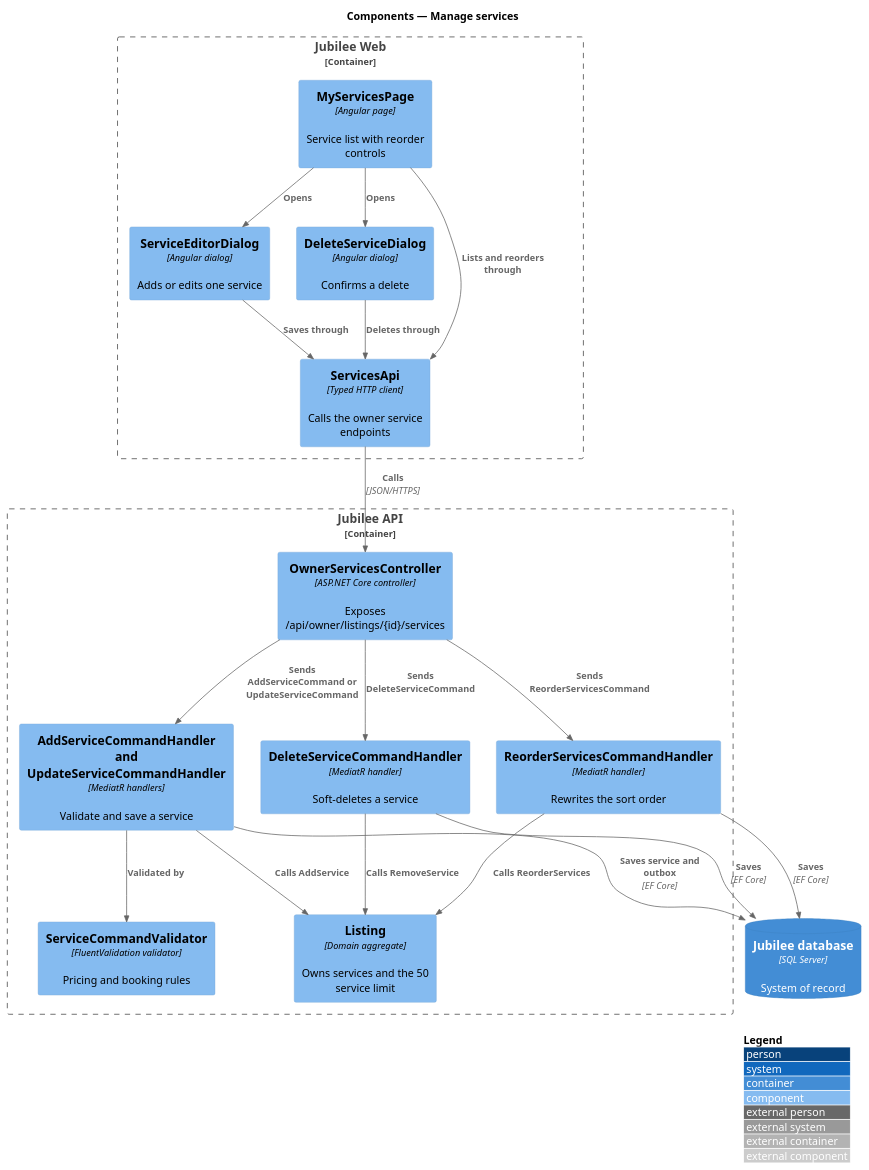
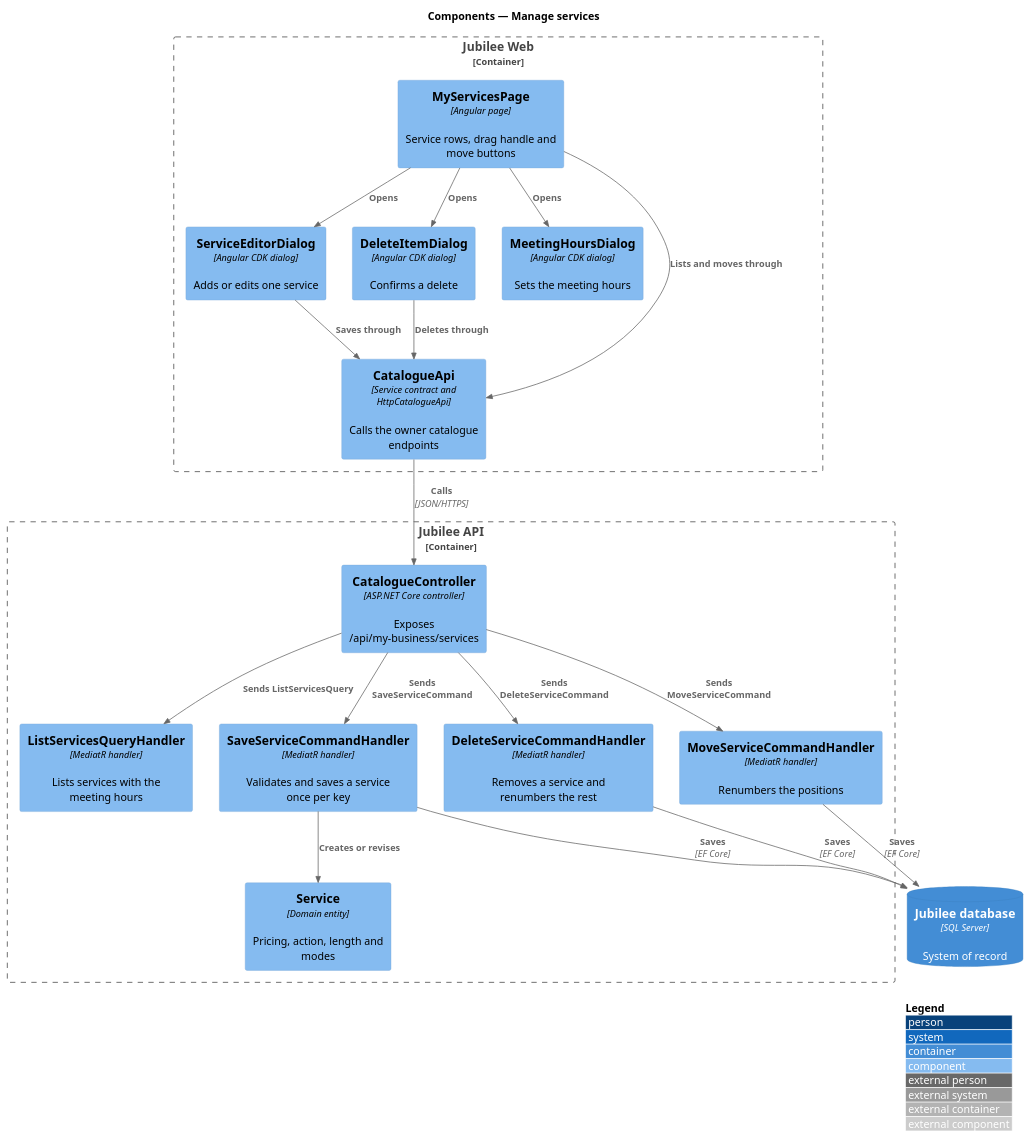
The diagram in docs/detailed-designs/owner-workspace/manage-services/diagrams/c4-component.puml (QuinntyneBrown/jubilee), drawn with PlantUML before and after one commit. The commit also changed 57 other files, not shown here.

First line of the commit message:
Journey 16: requirements, ADR 0062, designs, mocks and design system for product photos, options, drag to reorder

```diff
--- a/docs/detailed-designs/owner-workspace/manage-services/diagrams/c4-component.puml
+++ b/docs/detailed-designs/owner-workspace/manage-services/diagrams/c4-component.puml
@@ -1,38 +1,38 @@
 @startuml
 !include <C4/C4_Component>
 LAYOUT_WITH_LEGEND()
 title Components — Manage services
 
 Container_Boundary(web, "Jubilee Web") {
-  Component(page, "MyServicesPage", "Angular page", "Service list with reorder controls")
-  Component(editor, "ServiceEditorDialog", "Angular dialog", "Adds or edits one service")
-  Component(del, "DeleteServiceDialog", "Angular dialog", "Confirms a delete")
-  Component(client, "ServicesApi", "Typed HTTP client", "Calls the owner service endpoints")
+  Component(page, "MyServicesPage", "Angular page", "Service rows, drag handle and move buttons")
+  Component(editor, "ServiceEditorDialog", "Angular CDK dialog", "Adds or edits one service")
+  Component(del, "DeleteItemDialog", "Angular CDK dialog", "Confirms a delete")
+  Component(hours, "MeetingHoursDialog", "Angular CDK dialog", "Sets the meeting hours")
+  Component(client, "CatalogueApi", "Service contract and HttpCatalogueApi", "Calls the owner catalogue endpoints")
 }
 Container_Boundary(api, "Jubilee API") {
-  Component(ctrl, "OwnerServicesController", "ASP.NET Core controller", "Exposes /api/owner/listings/{id}/services")
-  Component(validator, "ServiceCommandValidator", "FluentValidation validator", "Pricing and booking rules")
-  Component(save, "AddServiceCommandHandler and UpdateServiceCommandHandler", "MediatR handlers", "Validate and save a service")
-  Component(remove, "DeleteServiceCommandHandler", "MediatR handler", "Soft-deletes a service")
-  Component(reorder, "ReorderServicesCommandHandler", "MediatR handler", "Rewrites the sort order")
-  Component(listing, "Listing", "Domain aggregate", "Owns services and the 50 service limit")
+  Component(ctrl, "CatalogueController", "ASP.NET Core controller", "Exposes /api/my-business/services")
+  Component(list, "ListServicesQueryHandler", "MediatR handler", "Lists services with the meeting hours")
+  Component(save, "SaveServiceCommandHandler", "MediatR handler", "Validates and saves a service once per key")
+  Component(remove, "DeleteServiceCommandHandler", "MediatR handler", "Removes a service and renumbers the rest")
+  Component(move, "MoveServiceCommandHandler", "MediatR handler", "Renumbers the positions")
+  Component(service, "Service", "Domain entity", "Pricing, action, length and modes")
 }
 ContainerDb(db, "Jubilee database", "SQL Server", "System of record")
 
 Rel(page, editor, "Opens")
 Rel(page, del, "Opens")
-Rel(page, client, "Lists and reorders through")
+Rel(page, hours, "Opens")
+Rel(page, client, "Lists and moves through")
 Rel(editor, client, "Saves through")
 Rel(del, client, "Deletes through")
 Rel(client, ctrl, "Calls", "JSON/HTTPS")
-Rel(ctrl, save, "Sends AddServiceCommand or UpdateServiceCommand")
+Rel(ctrl, list, "Sends ListServicesQuery")
+Rel(ctrl, save, "Sends SaveServiceCommand")
 Rel(ctrl, remove, "Sends DeleteServiceCommand")
-Rel(ctrl, reorder, "Sends ReorderServicesCommand")
-Rel(save, validator, "Validated by")
-Rel(save, listing, "Calls AddService")
-Rel(remove, listing, "Calls RemoveService")
-Rel(reorder, listing, "Calls ReorderServices")
-Rel(save, db, "Saves service and outbox", "EF Core")
+Rel(ctrl, move, "Sends MoveServiceCommand")
+Rel(save, service, "Creates or revises")
+Rel(save, db, "Saves", "EF Core")
 Rel(remove, db, "Saves", "EF Core")
-Rel(reorder, db, "Saves", "EF Core")
+Rel(move, db, "Saves", "EF Core")
 @enduml
```
